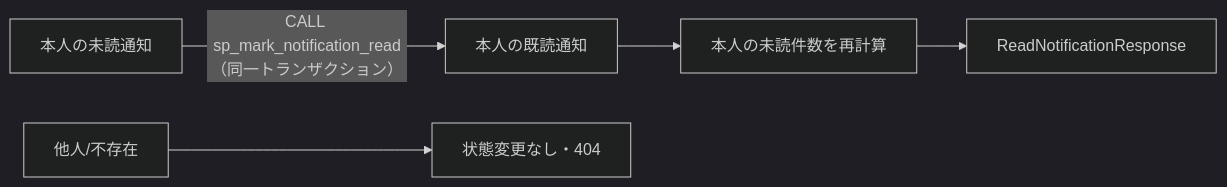
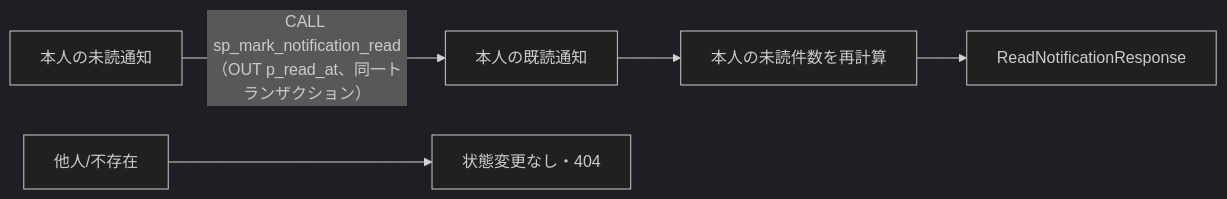
The fourth of 4 diagrams in docs/detailed_design/api/notifications/03_patch_notification_read.md (oikawa-d/task_management), drawn with Mermaid (dark theme) before and after one commit. The commit also changed other lines of this file and 10 other files, not shown here.

````diff
--- a/docs/detailed_design/api/notifications/03_patch_notification_read.md
+++ b/docs/detailed_design/api/notifications/03_patch_notification_read.md
@@ -152,7 +152,7 @@
 ```mermaid
 flowchart LR
-    A["本人の未読通知"] -->|"CALL sp_mark_notification_read（同一トランザクション）"| B["本人の既読通知"]
+    A["本人の未読通知"] -->|"CALL sp_mark_notification_read（OUT p_read_at、同一トランザクション）"| B["本人の既読通知"]
     B --> C["本人の未読件数を再計算"]
     C --> D["ReadNotificationResponse"]
     E["他人/不存在"] --> F["状態変更なし・404"]
 ```
````
